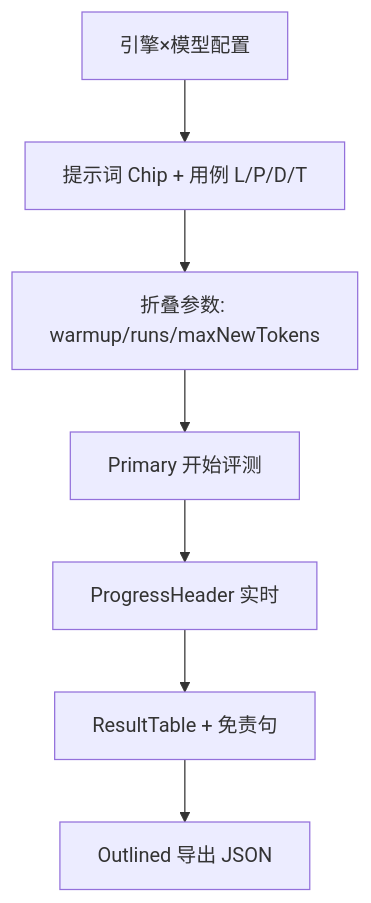
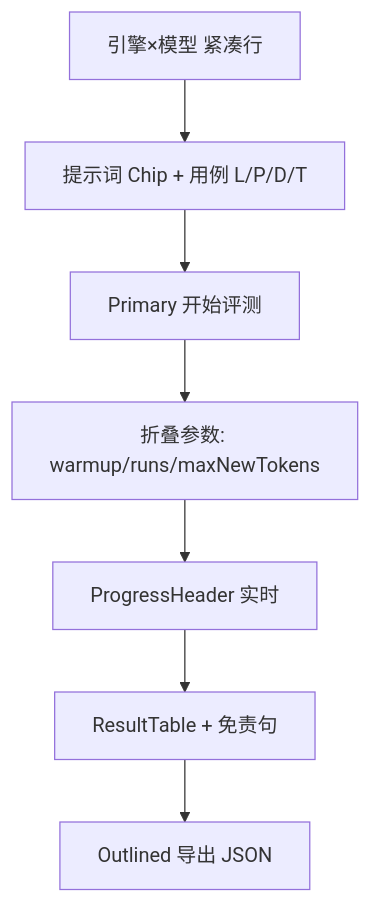
One commit to pisces312/droid-llm changed the second of 2 diagrams in UI_DESIGN.md. Above: the diagram before and after it, drawn with Mermaid. The commit also changed other lines of this file and 28 other files, not shown here.

````diff
--- a/UI_DESIGN.md
+++ b/UI_DESIGN.md
@@ -220,9 +234,9 @@
 ```mermaid
 flowchart TD
-  A[引擎×模型配置] --> B[提示词 Chip + 用例 L/P/D/T]
-  B --> C[折叠参数: warmup/runs/maxNewTokens]
-  C --> D[Primary 开始评测]
+  A[引擎×模型 紧凑行] --> B[提示词 Chip + 用例 L/P/D/T]
+  B --> C[Primary 开始评测]
+  C --> D[折叠参数: warmup/runs/maxNewTokens]
   D --> E[ProgressHeader 实时]
   E --> F[ResultTable + 免责句]
   F --> G[Outlined 导出 JSON]
 ```
````
